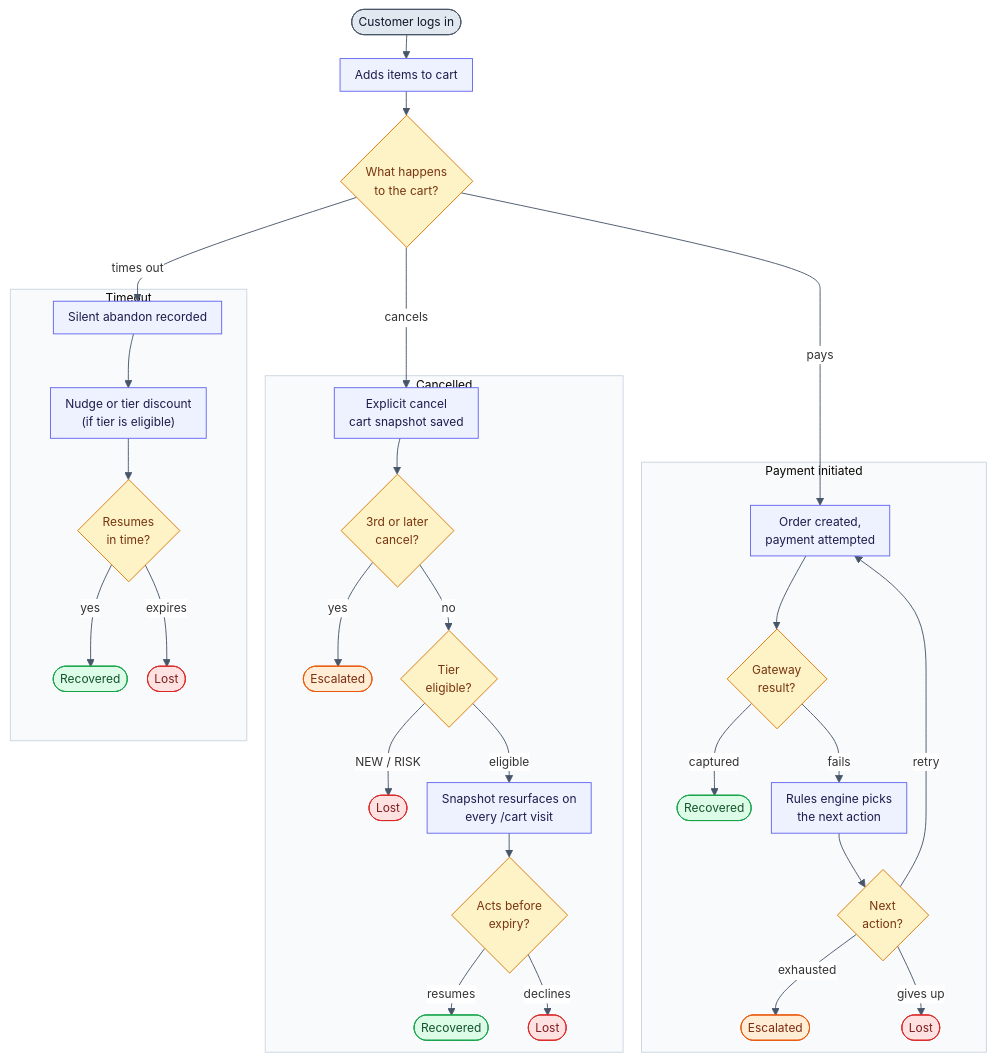
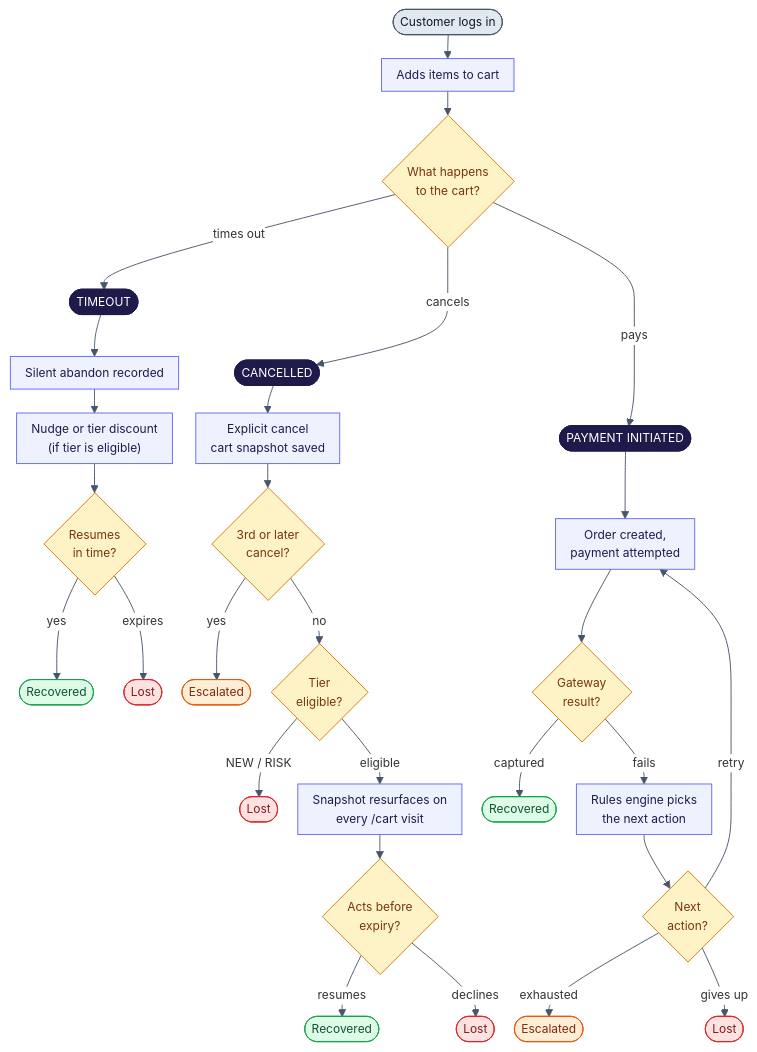
The diagram in docs/diagrams/customer-journey.mmd (Lakshaykhatri231/Backstop), drawn with Mermaid before and after one commit. The commit also changed 4 other files, not shown here.

Commit message:
Personalised voice agent, Dragon HD pace and pauses, architecture diagrams in README

```diff
--- a/docs/diagrams/customer-journey.mmd
+++ b/docs/diagrams/customer-journey.mmd
@@ -1,51 +1,50 @@
-%%{init: {'theme':'base','themeVariables':{'fontSize':'13px','edgeLabelBackground':'#ffffff','lineColor':'#475569','clusterBkg':'#f8fafc','clusterBorder':'#cbd5e1'},'flowchart':{'nodeSpacing':22,'rankSpacing':26,'padding':8,'htmlLabels':true}}}%%
+%%{init: {'theme':'base','themeVariables':{'fontSize':'13px','edgeLabelBackground':'#ffffff','lineColor':'#475569'},'flowchart':{'nodeSpacing':22,'rankSpacing':26,'padding':8,'htmlLabels':true}}}%%
 flowchart TD
     START(["Customer logs in"]) --> CART["Adds items to cart"]
     CART --> FORK{"What happens<br/>to the cart?"}
-    FORK -- times out --> T1
-    FORK -- cancels --> C1
-    FORK -- pays --> P1
+    FORK -- times out --> TH(["TIMEOUT"])
+    FORK -- cancels --> CH(["CANCELLED"])
+    FORK -- pays --> PH(["PAYMENT INITIATED"])
 
-    subgraph TO["Timeout"]
-      T1["Silent abandon recorded"] --> T2["Nudge or tier discount<br/>(if tier is eligible)"]
-      T2 --> T3{"Resumes<br/>in time?"}
-      T3 -- yes --> TR(["Recovered"])
-      T3 -- expires --> TL(["Lost"])
-    end
+    TH --> T1["Silent abandon recorded"]
+    T1 --> T2["Nudge or tier discount<br/>(if tier is eligible)"]
+    T2 --> T3{"Resumes<br/>in time?"}
+    T3 -- yes --> TR(["Recovered"])
+    T3 -- expires --> TL(["Lost"])
 
-    subgraph CA["Cancelled"]
-      C1["Explicit cancel<br/>cart snapshot saved"] --> C2{"3rd or later<br/>cancel?"}
-      C2 -- yes --> CE(["Escalated"])
-      C2 -- no --> C3{"Tier<br/>eligible?"}
-      C3 -- "NEW / RISK" --> CL1(["Lost"])
-      C3 -- eligible --> C4["Snapshot resurfaces on<br/>every /cart visit"]
-      C4 --> C5{"Acts before<br/>expiry?"}
-      C5 -- resumes --> CR(["Recovered"])
-      C5 -- declines --> CL2(["Lost"])
-    end
+    CH --> C1["Explicit cancel<br/>cart snapshot saved"]
+    C1 --> C2{"3rd or later<br/>cancel?"}
+    C2 -- yes --> CE(["Escalated"])
+    C2 -- no --> C3{"Tier<br/>eligible?"}
+    C3 -- "NEW / RISK" --> CL1(["Lost"])
+    C3 -- eligible --> C4["Snapshot resurfaces on<br/>every /cart visit"]
+    C4 --> C5{"Acts before<br/>expiry?"}
+    C5 -- resumes --> CR(["Recovered"])
+    C5 -- declines --> CL2(["Lost"])
 
-    subgraph PA["Payment initiated"]
-      P1["Order created,<br/>payment attempted"] --> P2{"Gateway<br/>result?"}
-      P2 -- captured --> PR(["Recovered"])
-      P2 -- fails --> P3["Rules engine picks<br/>the next action"]
-      P3 --> P4{"Next<br/>action?"}
-      P4 -- "retry" --> P1
-      P4 -- exhausted --> PE(["Escalated"])
-      P4 -- "gives up" --> PL(["Lost"])
-    end
+    PH --> P1["Order created,<br/>payment attempted"]
+    P1 --> P2{"Gateway<br/>result?"}
+    P2 -- captured --> PR(["Recovered"])
+    P2 -- fails --> P3["Rules engine picks<br/>the next action"]
+    P3 --> P4{"Next<br/>action?"}
+    P4 -- "retry" --> P1
+    P4 -- exhausted --> PE(["Escalated"])
+    P4 -- "gives up" --> PL(["Lost"])
 
-    T1 ~~~ C1
-    C1 ~~~ P1
+    TH ~~~ CH
+    CH ~~~ PH
 
     classDef start fill:#e2e8f0,stroke:#475569,color:#0f172a
+    classDef head fill:#1e1b4b,stroke:#1e1b4b,color:#ffffff
     classDef step fill:#eef2ff,stroke:#6366f1,color:#1e1b4b
     classDef ask fill:#fef3c7,stroke:#d97706,color:#78350f
     classDef good fill:#dcfce7,stroke:#16a34a,color:#14532d
     classDef bad fill:#fee2e2,stroke:#dc2626,color:#7f1d1d
     classDef person fill:#ffedd5,stroke:#ea580c,color:#7c2d12
     class START start
+    class TH,CH,PH head
     class CART,T1,T2,C1,C4,P1,P3 step
     class FORK,T3,C2,C3,C5,P2,P4 ask
     class TR,CR,PR good
     class TL,CL1,CL2,PL bad
     class CE,PE person
```
